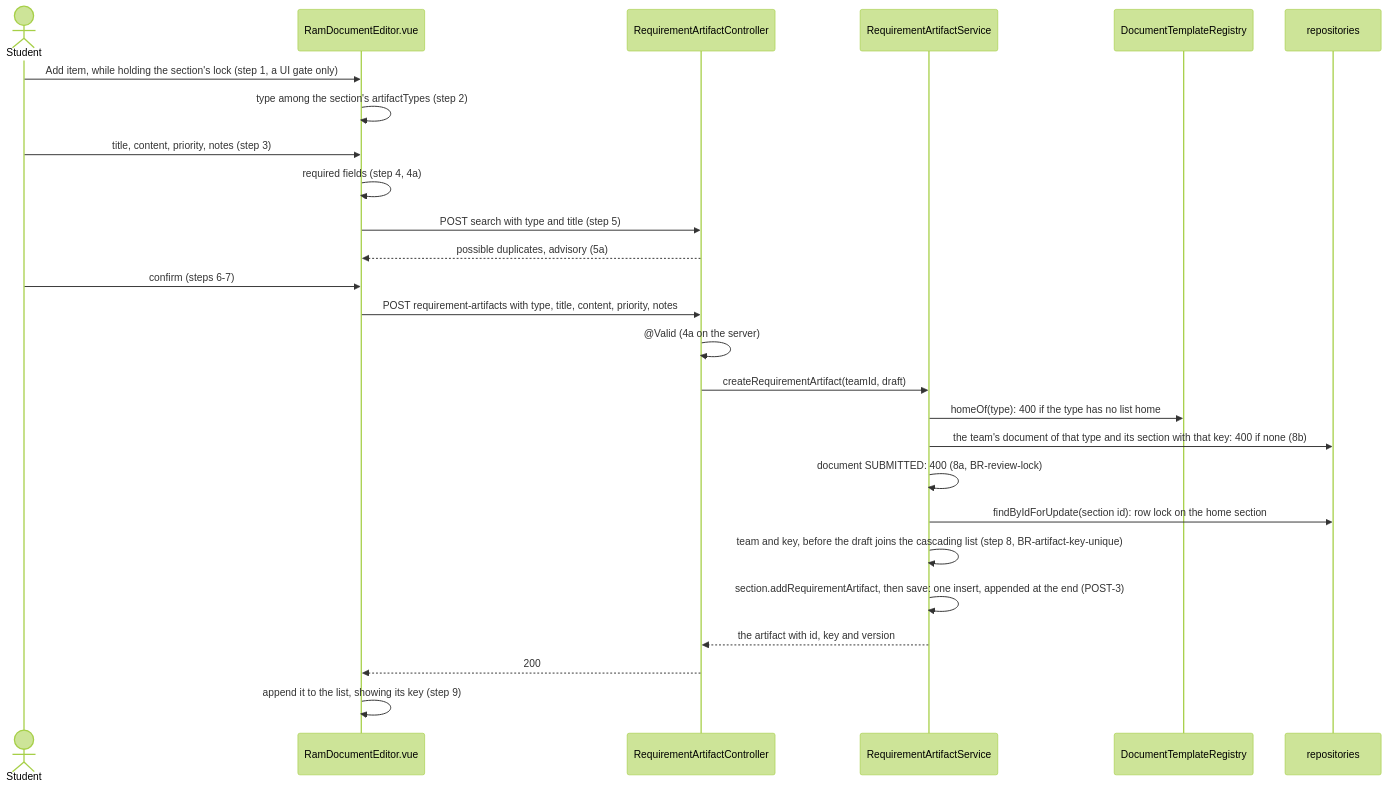
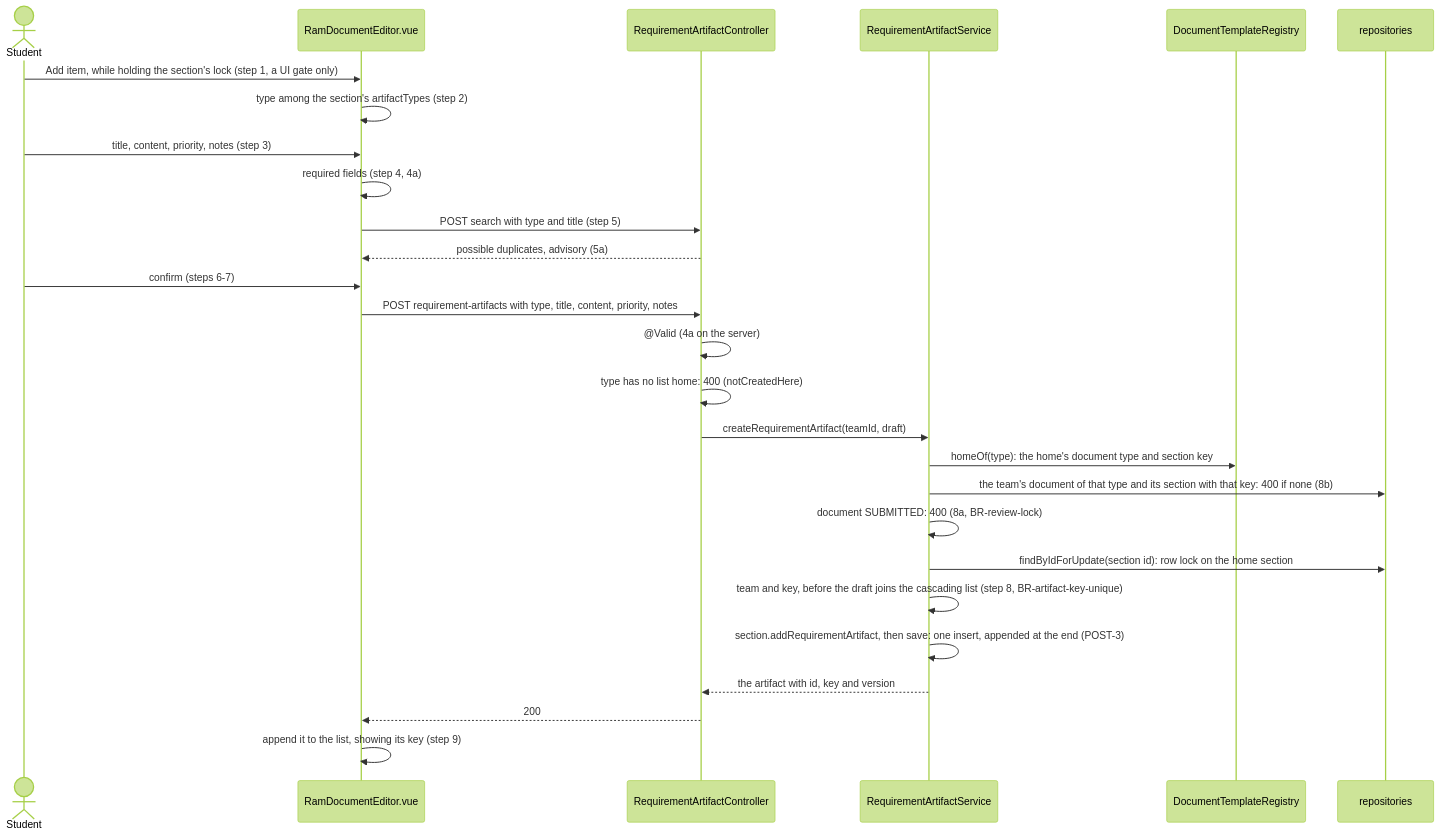
Before and after one commit to Washingtonwei/project-pulse: the second of 2 diagrams in docs/design/art.md, drawn with Mermaid (forest theme). The commit also changed other lines of this file and 15 other files, not shown here.

````diff
--- a/docs/design/art.md
+++ b/docs/design/art.md
@@ -96,28 +95,29 @@
 ```mermaid
 sequenceDiagram
   actor S as Student
   participant E as RamDocumentEditor.vue
   participant C as RequirementArtifactController
   participant RS as RequirementArtifactService
   participant R as DocumentTemplateRegistry
   participant DB as repositories
   S->>E: Add item, while holding the section's lock (step 1, a UI gate only)
   E->>E: type among the section's artifactTypes (step 2)
   S->>E: title, content, priority, notes (step 3)
   E->>E: required fields (step 4, 4a)
   E->>C: POST search with type and title (step 5)
   C-->>E: possible duplicates, advisory (5a)
   S->>E: confirm (steps 6-7)
   E->>C: POST requirement-artifacts with type, title, content, priority, notes
   C->>C: @Valid (4a on the server)
+  C->>C: type has no list home: 400 (notCreatedHere)
   C->>RS: createRequirementArtifact(teamId, draft)
-  RS->>R: homeOf(type): 400 if the type has no list home
+  RS->>R: homeOf(type): the home's document type and section key
   RS->>DB: the team's document of that type and its section with that key: 400 if none (8b)
   RS->>RS: document SUBMITTED: 400 (8a, BR-review-lock)
   RS->>DB: findByIdForUpdate(section id): row lock on the home section
   RS->>RS: team and key, before the draft joins the cascading list (step 8, BR-artifact-key-unique)
   RS->>RS: section.addRequirementArtifact, then save: one insert, appended at the end (POST-3)
   RS-->>C: the artifact with id, key and version
   C-->>E: 200
   E->>E: append it to the list, showing its key (step 9)
 ```
````
